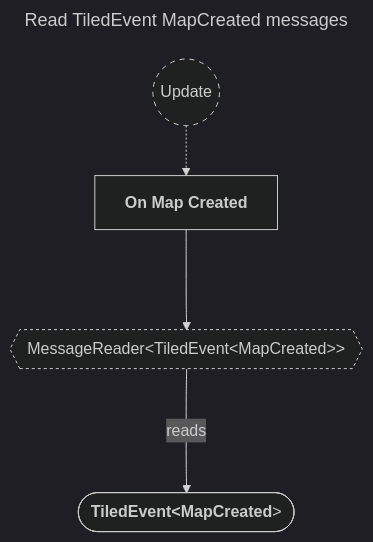
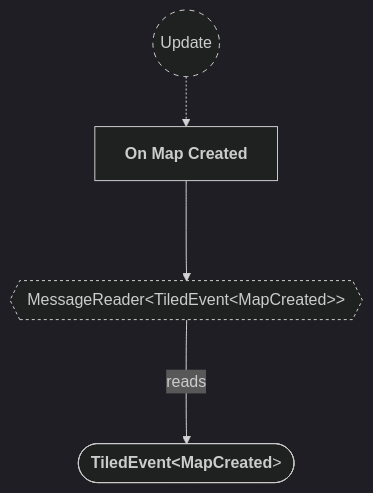
The first of 6 diagrams in backlog/docs/doc-3 - 001-Maps-plugin.md (neurosoup/tyled), drawn with Mermaid before and after one commit. The commit also changed other lines of this file and 7 other files, not shown here.

````diff
--- a/backlog/docs/doc-3 - 001-Maps-plugin.md
+++ b/backlog/docs/doc-3 - 001-Maps-plugin.md
@@ -28,23 +51,22 @@
 ```mermaid
 ---
-title: Read TiledEvent MapCreated messages
 config:
   theme: dark
 ---
 
 flowchart TD
 classDef system-group stroke-dasharray: 5 5
 classDef reader stroke-dasharray: 3 3
 
 update(("`Update`")):::system-group
 on_map_created["`**On Map Created**`"]
 
 update -.-> on_map_created
 
 message_reader{{"MessageReader#60;TiledEvent#60;MapCreated#62;#62;"}}:::reader
 on_map_created ---> message_reader
 
 map_created_message(["`**TiledEvent#60;MapCreated**#62;`"])
 
 message_reader ---> |reads| map_created_message
 ```
````
